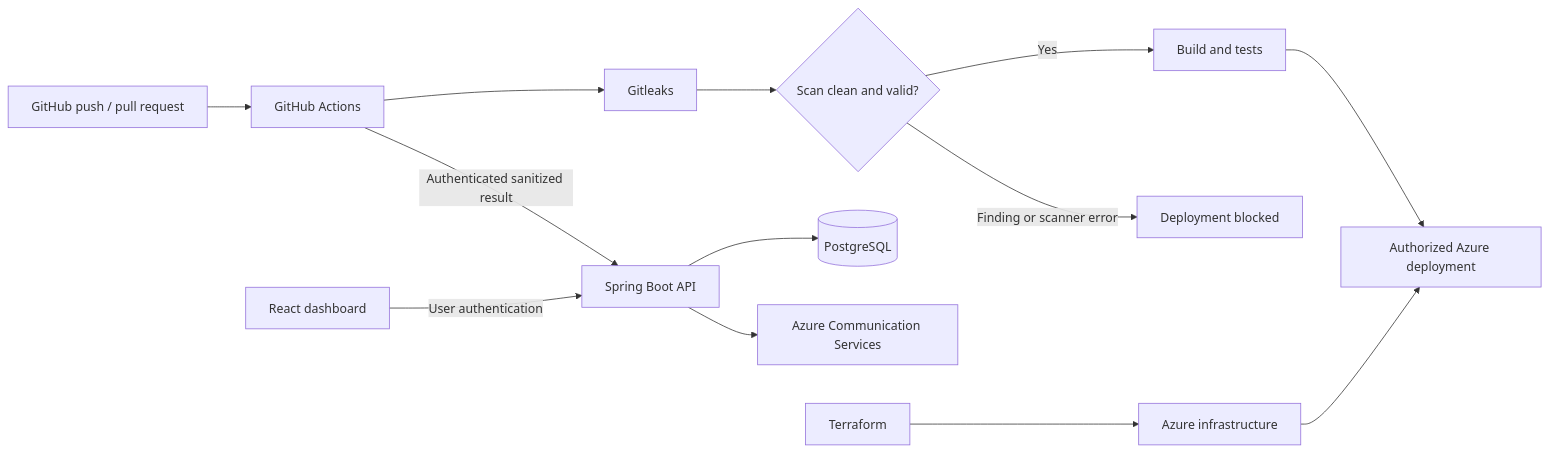
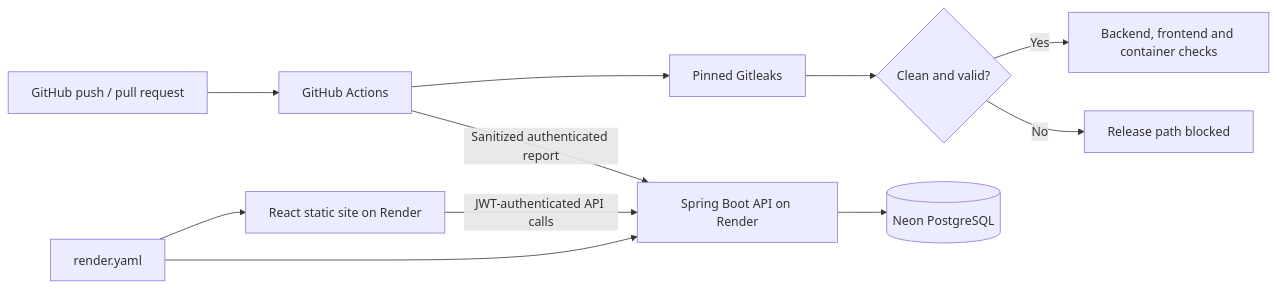
One commit to aasthashrimal/Secret-Shield changed the diagram in PROJECT_OVERVIEW.md. Above: the diagram before and after it, drawn with Mermaid. The commit also changed other lines of this file and 13 other files, not shown here.

````diff
--- a/PROJECT_OVERVIEW.md
+++ b/PROJECT_OVERVIEW.md
@@ -52,15 +22,13 @@
 ```mermaid
 flowchart LR
     Push[GitHub push / pull request] --> Actions[GitHub Actions]
-    Actions --> Scanner[Gitleaks]
-    Scanner --> Gate{Scan clean and valid?}
-    Gate -->|Yes| Build[Build and tests]
-    Build --> Deploy[Authorized Azure deployment]
-    Gate -->|Finding or scanner error| Block[Deployment blocked]
-    Actions -->|Authenticated sanitized result| API[Spring Boot API]
-    UI[React dashboard] -->|User authentication| API
-    API --> DB[(PostgreSQL)]
-    API --> Notify[Azure Communication Services]
-    Terraform[Terraform] --> Azure[Azure infrastructure]
-    Azure --> Deploy
+    Actions --> Scanner[Pinned Gitleaks]
+    Scanner --> Gate{Clean and valid?}
+    Gate -->|Yes| Checks[Backend, frontend and container checks]
+    Gate -->|No| Block[Release path blocked]
+    Actions -->|Sanitized authenticated report| API[Spring Boot API on Render]
+    UI[React static site on Render] -->|JWT-authenticated API calls| API
+    API --> DB[(Neon PostgreSQL)]
+    Blueprint[render.yaml] --> UI
+    Blueprint --> API
 ```
````
